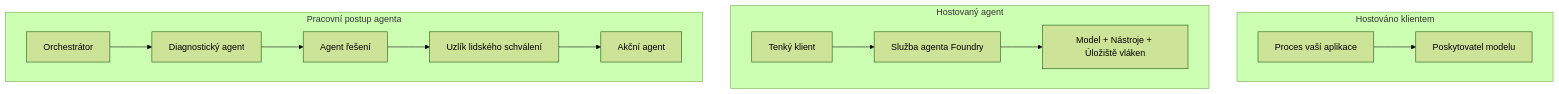
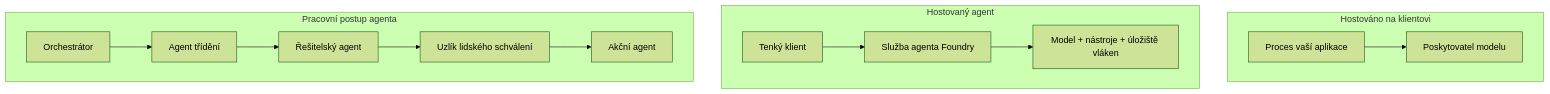
Before and after one commit to gabrielmoreira/agent-skills-mirror: the first of 4 diagrams in mirrors/repos/microsoft@ai-agents-for-beginners/translations/cs/16-deploying-scalable-agents/README.md, drawn with Mermaid (forest theme). The commit also changed other lines of this file and 3581 other files, not shown here.

````diff
--- a/mirrors/repos/microsoft@ai-agents-for-beginners/translations/cs/16-deploying-scalable-agents/README.md
+++ b/mirrors/repos/microsoft@ai-agents-for-beginners/translations/cs/16-deploying-scalable-agents/README.md
@@ -87,16 +87,16 @@
 ```mermaid
 flowchart TB
-    subgraph P1[Hostováno klientem]
+    subgraph P1[Hostováno na klientovi]
         A1[Proces vaší aplikace] --> M1[Poskytovatel modelu]
     end
     subgraph P2[Hostovaný agent]
         A2[Tenký klient] --> F2[Služba agenta Foundry]
-        F2 --> M2[Model + Nástroje + Úložiště vláken]
+        F2 --> M2[Model + nástroje + úložiště vláken]
     end
     subgraph P3[Pracovní postup agenta]
-        A3[Orchestrátor] --> S1[Diagnostický agent]
-        S1 --> S2[Agent řešení]
+        A3[Orchestrátor] --> S1[Agent třídění]
+        S1 --> S2[Řešitelský agent]
         S2 --> H[Uzlík lidského schválení]
         H --> S3[Akční agent]
     end
 ```
````
